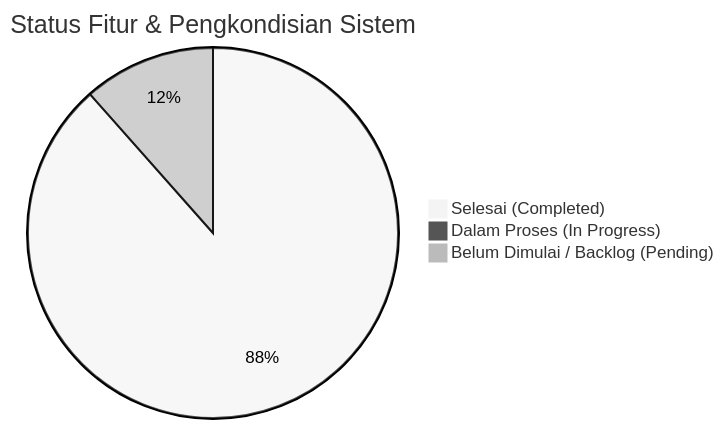
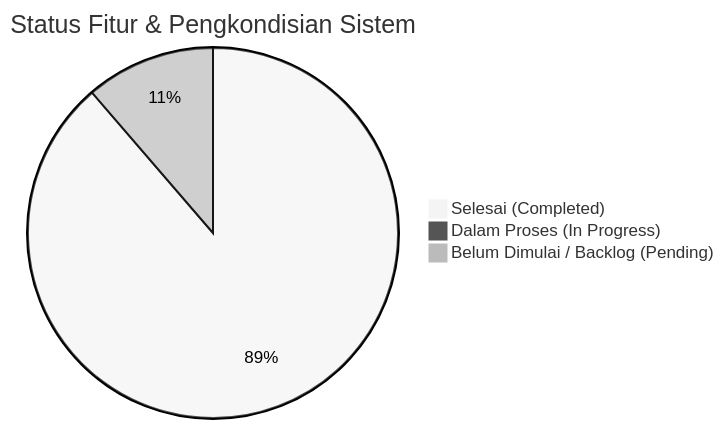
The diagram in docs/progress_pengembangan_sistem_presensi.md (4lliiifffff/pengembangan-presensi-pkbmpikat), drawn with Mermaid (neutral theme) before and after one commit. The commit also changed other lines of this file and 10 other files, not shown here.

````diff
--- a/docs/progress_pengembangan_sistem_presensi.md
+++ b/docs/progress_pengembangan_sistem_presensi.md
@@ -12,6 +12,6 @@
 ```mermaid
 pie title Status Fitur & Pengkondisian Sistem
-    "Selesai (Completed)" : 46
+    "Selesai (Completed)" : 47
     "Dalam Proses (In Progress)" : 0
     "Belum Dimulai / Backlog (Pending)" : 6
 ```
````
